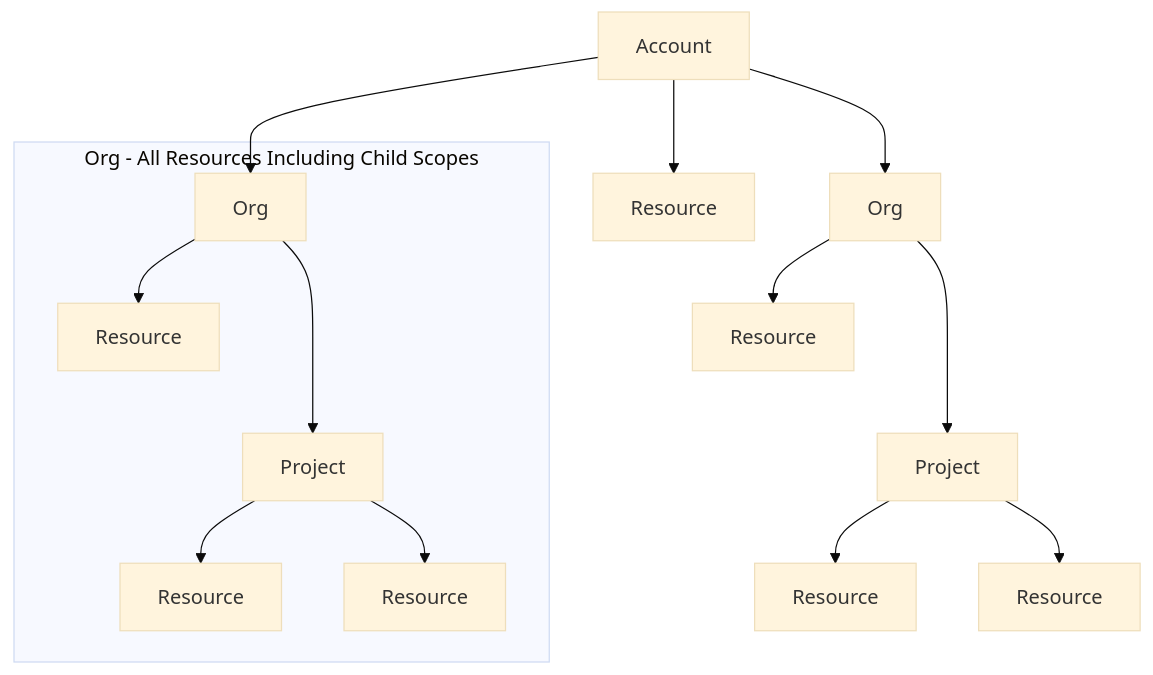
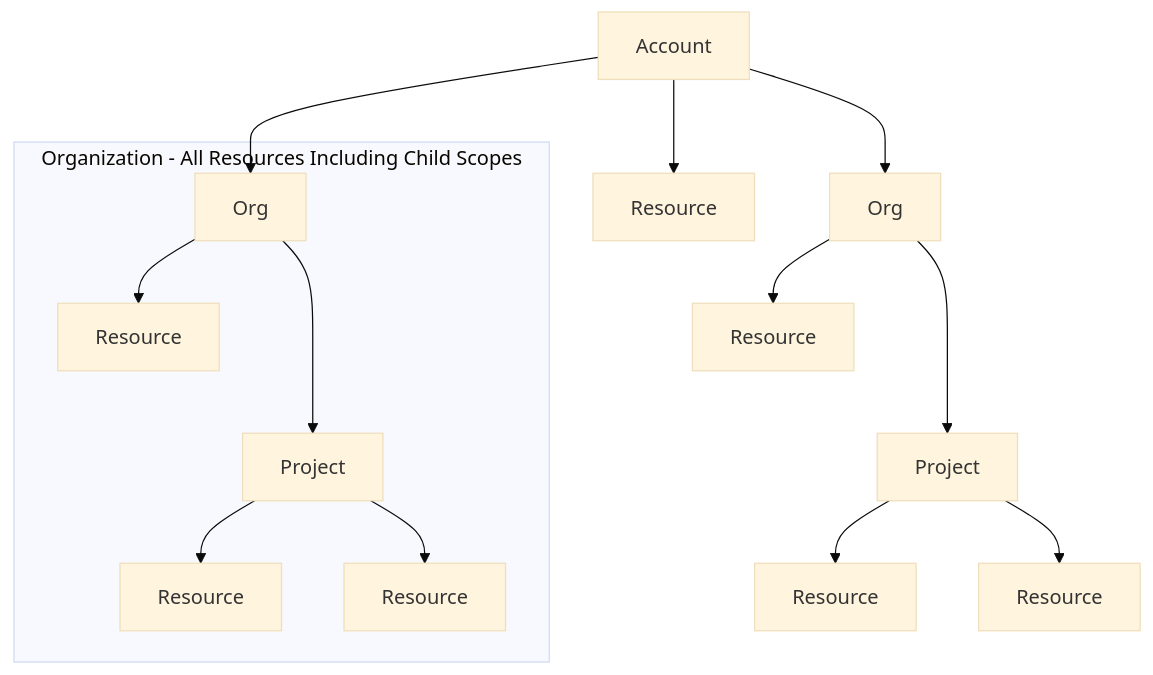
The second of 7 diagrams in docs/platform/role-based-access-control/add-resource-groups.md (harness/developer-hub), drawn with Mermaid (base theme) before and after one commit. The commit also changed other lines of this file and 6 other files, not shown here.

````diff
--- a/docs/platform/role-based-access-control/add-resource-groups.md
+++ b/docs/platform/role-based-access-control/add-resource-groups.md
@@ -70,16 +105,16 @@
 ```mermaid
 flowchart TD
     A[Account]-->M[Resource]
     A-->B[Org]
     A-->C[Org]
-    subgraph Org - All Resources Including Child Scopes
+    subgraph Organization - All Resources Including Child Scopes
     B-->N[Resource]
     B--->D[Project]
     D-->G[Resource]
     D-->H[Resource]
     end
     C-->F[Resource]
     C--->E[Project]
     E-->I[Resource]
     E-->J[Resource]
 ```
````
